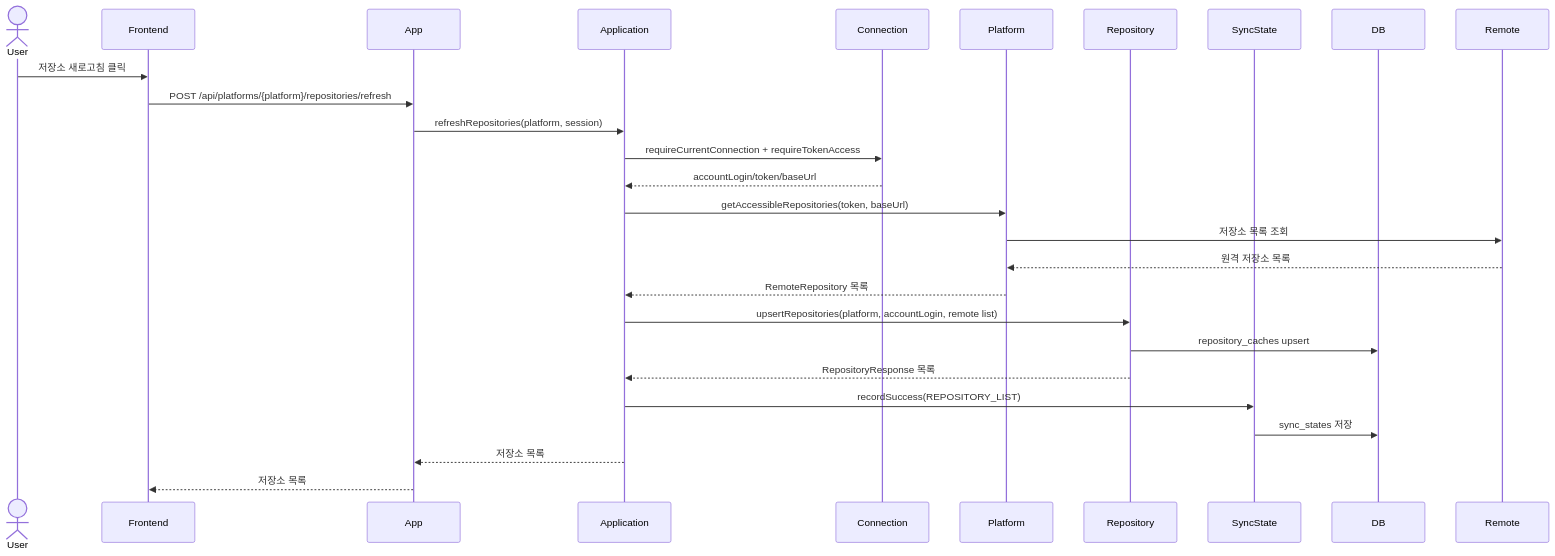
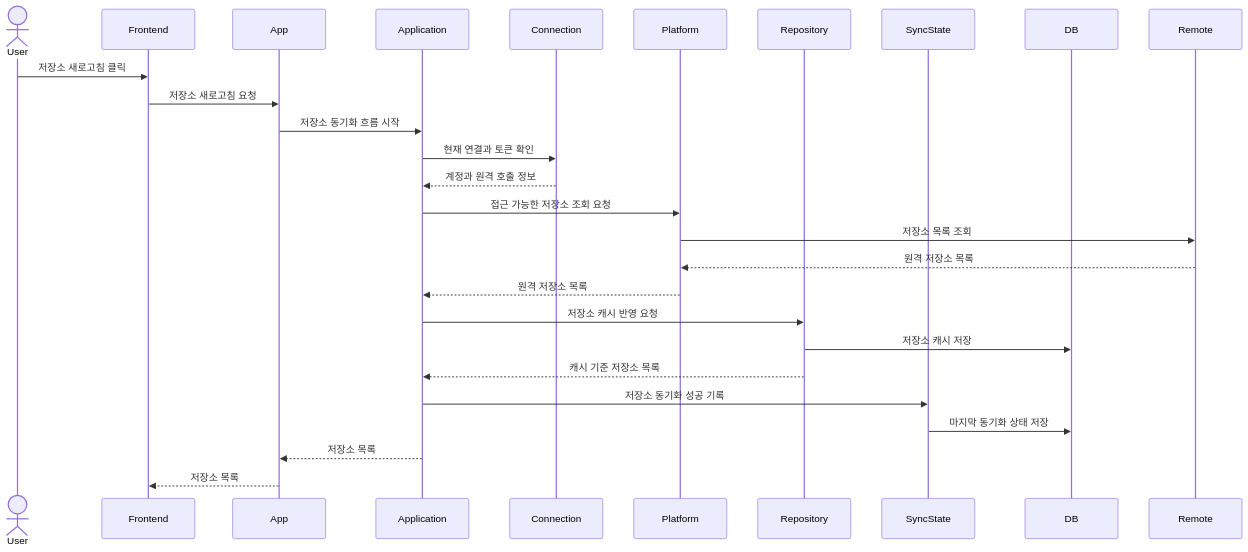
Before and after one commit to Jungwoook/github-issue-manager: the third of 11 diagrams in docs/11-use-case-sequence-diagrams.md, drawn with Mermaid. The commit also changed other lines of this file and 3 other files, not shown here.

````diff
--- a/docs/11-use-case-sequence-diagrams.md
+++ b/docs/11-use-case-sequence-diagrams.md
@@ -76,30 +79,30 @@
 ```mermaid
 sequenceDiagram
     actor User
     participant Frontend
     participant App
     participant Application
     participant Connection
     participant Platform
     participant Repository
     participant SyncState
     participant DB
     participant Remote
 
     User->>Frontend: 저장소 새로고침 클릭
-    Frontend->>App: POST /api/platforms/{platform}/repositories/refresh
-    App->>Application: refreshRepositories(platform, session)
-    Application->>Connection: requireCurrentConnection + requireTokenAccess
-    Connection-->>Application: accountLogin/token/baseUrl
-    Application->>Platform: getAccessibleRepositories(token, baseUrl)
+    Frontend->>App: 저장소 새로고침 요청
+    App->>Application: 저장소 동기화 흐름 시작
+    Application->>Connection: 현재 연결과 토큰 확인
+    Connection-->>Application: 계정과 원격 호출 정보
+    Application->>Platform: 접근 가능한 저장소 조회 요청
     Platform->>Remote: 저장소 목록 조회
     Remote-->>Platform: 원격 저장소 목록
-    Platform-->>Application: RemoteRepository 목록
-    Application->>Repository: upsertRepositories(platform, accountLogin, remote list)
-    Repository->>DB: repository_caches upsert
-    Repository-->>Application: RepositoryResponse 목록
-    Application->>SyncState: recordSuccess(REPOSITORY_LIST)
-    SyncState->>DB: sync_states 저장
+    Platform-->>Application: 원격 저장소 목록
+    Application->>Repository: 저장소 캐시 반영 요청
+    Repository->>DB: 저장소 캐시 저장
+    Repository-->>Application: 캐시 기준 저장소 목록
+    Application->>SyncState: 저장소 동기화 성공 기록
+    SyncState->>DB: 마지막 동기화 상태 저장
     Application-->>App: 저장소 목록
     App-->>Frontend: 저장소 목록
 ```
````
